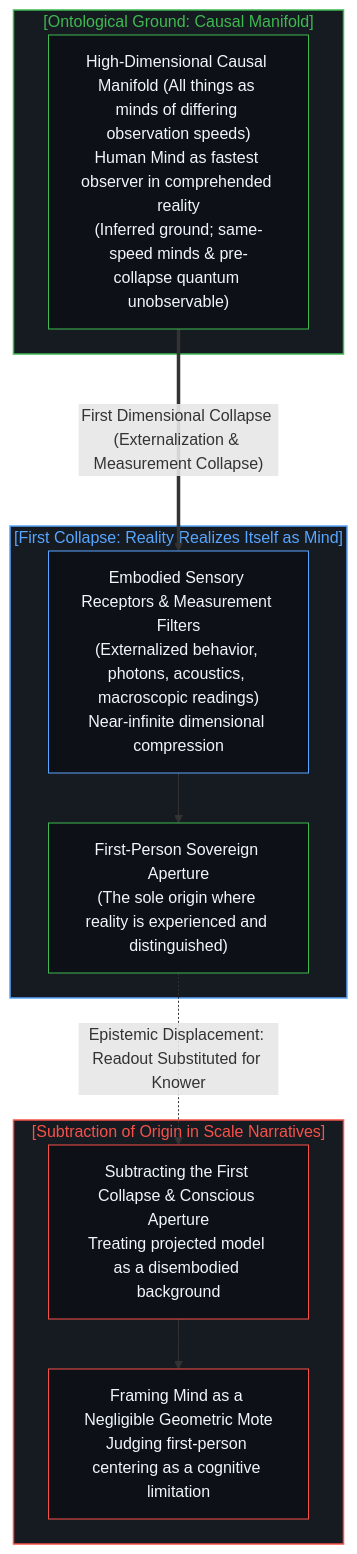
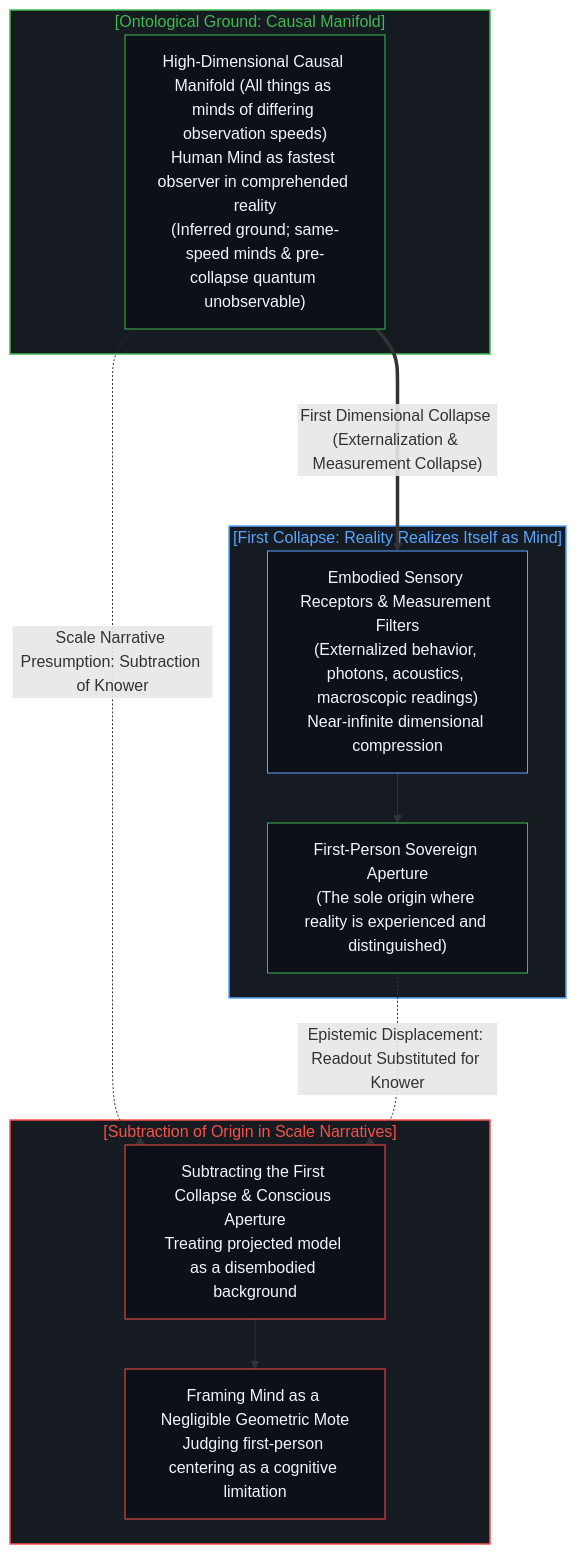
One commit to powerpig99/not-a-toe changed the second of 8 diagrams in content/posts/one-cannot-escape-ones-own-mind.md. Above: the diagram before and after it, drawn with Mermaid. The commit also changed other lines of this file, not shown here.

Commit message:
Refine Post #332: Connect high-dimensional causal manifold to scale narrative in Diagram 1

````diff
--- a/content/posts/one-cannot-escape-ones-own-mind.md
+++ b/content/posts/one-cannot-escape-ones-own-mind.md
@@ -52,30 +53,31 @@
 ```mermaid
 flowchart TD
     subgraph S_RealityOrigin_EN ["[Ontological Ground: Causal Manifold]"]
         RE1["High-Dimensional Causal Manifold (All things as minds of differing observation speeds)<br/>Human Mind as fastest observer in comprehended reality<br/>(Inferred ground; same-speed minds & pre-collapse quantum unobservable)"]
     end
 
     subgraph S_FirstCollapse_EN ["[First Collapse: Reality Realizes Itself as Mind]"]
         CE1["Embodied Sensory Receptors & Measurement Filters<br/>(Externalized behavior, photons, acoustics, macroscopic readings)<br/>Near-infinite dimensional compression"]
         ME1["First-Person Sovereign Aperture<br/>(The sole origin where reality is experienced and distinguished)"]
         CE1 --> ME1
     end
 
     subgraph S_TheftInversion_EN ["[Subtraction of Origin in Scale Narratives]"]
         TE1["Subtracting the First Collapse & Conscious Aperture<br/>Treating projected model as a disembodied background"]
         TE2["Framing Mind as a Negligible Geometric Mote<br/>Judging first-person centering as a cognitive limitation"]
         TE1 --> TE2
     end
 
     RE1 ===>|"First Dimensional Collapse (Externalization & Measurement Collapse)"| CE1
+    RE1 -.->|"Scale Narrative Presumption: Subtraction of Knower"| TE1
     ME1 -.->|"Epistemic Displacement: Readout Substituted for Knower"| TE1
 
     style S_RealityOrigin_EN fill:#161b22,stroke:#3fb950,stroke-width:1.5px,color:#3fb950
     style S_FirstCollapse_EN fill:#161b22,stroke:#58a6ff,stroke-width:1.5px,color:#58a6ff
     style S_TheftInversion_EN fill:#161b22,stroke:#f85149,stroke-width:1.5px,color:#f85149
     style RE1 fill:#0d1117,stroke:#3fb950,stroke-width:1px,color:#f0f6fc
     style CE1 fill:#0d1117,stroke:#58a6ff,stroke-width:1px,color:#f0f6fc
     style ME1 fill:#0d1117,stroke:#3fb950,stroke-width:1px,color:#f0f6fc
     style TE1 fill:#0d1117,stroke:#f85149,stroke-width:1px,color:#f0f6fc
     style TE2 fill:#0d1117,stroke:#f85149,stroke-width:1px,color:#f0f6fc
 ```
````
